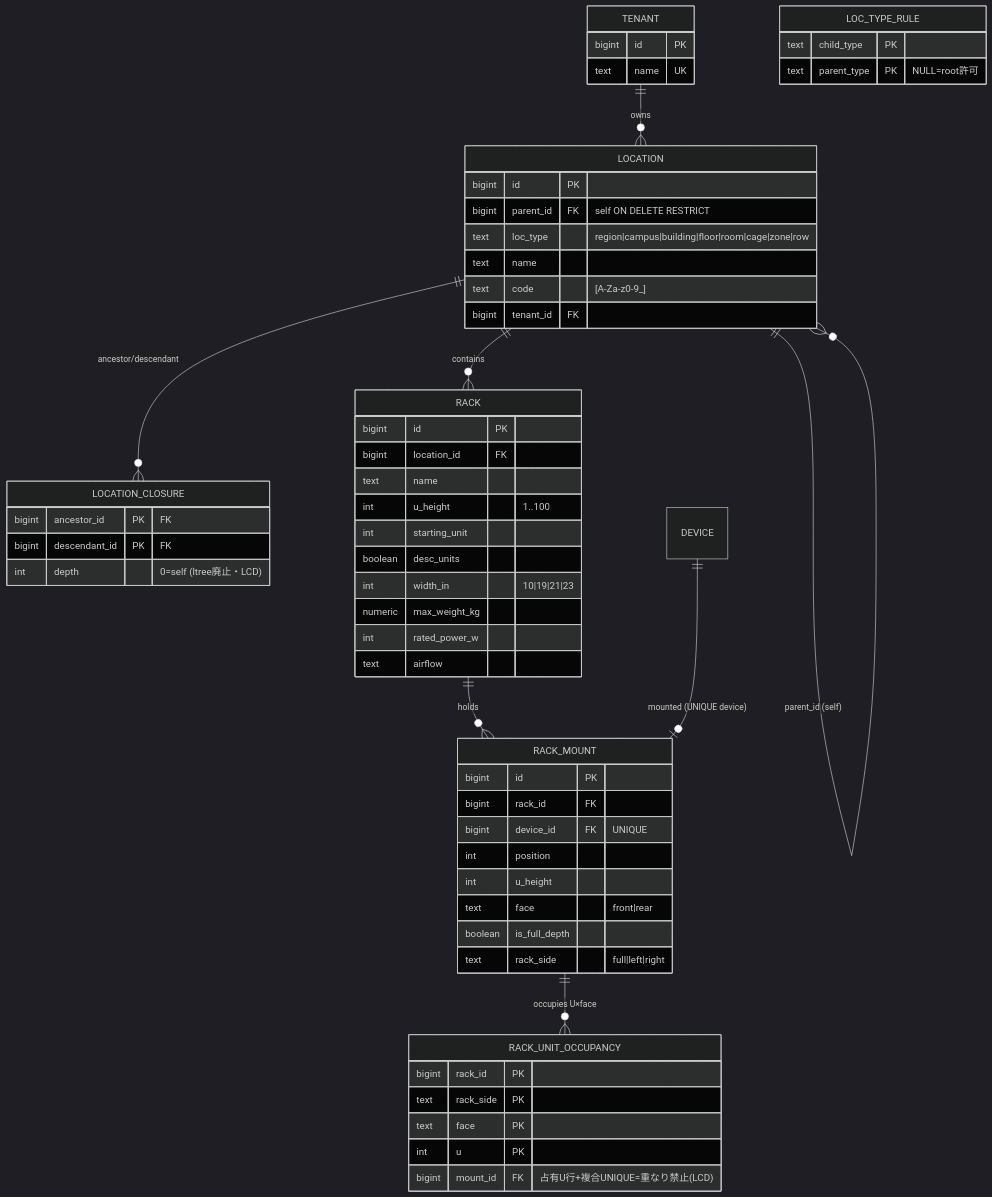
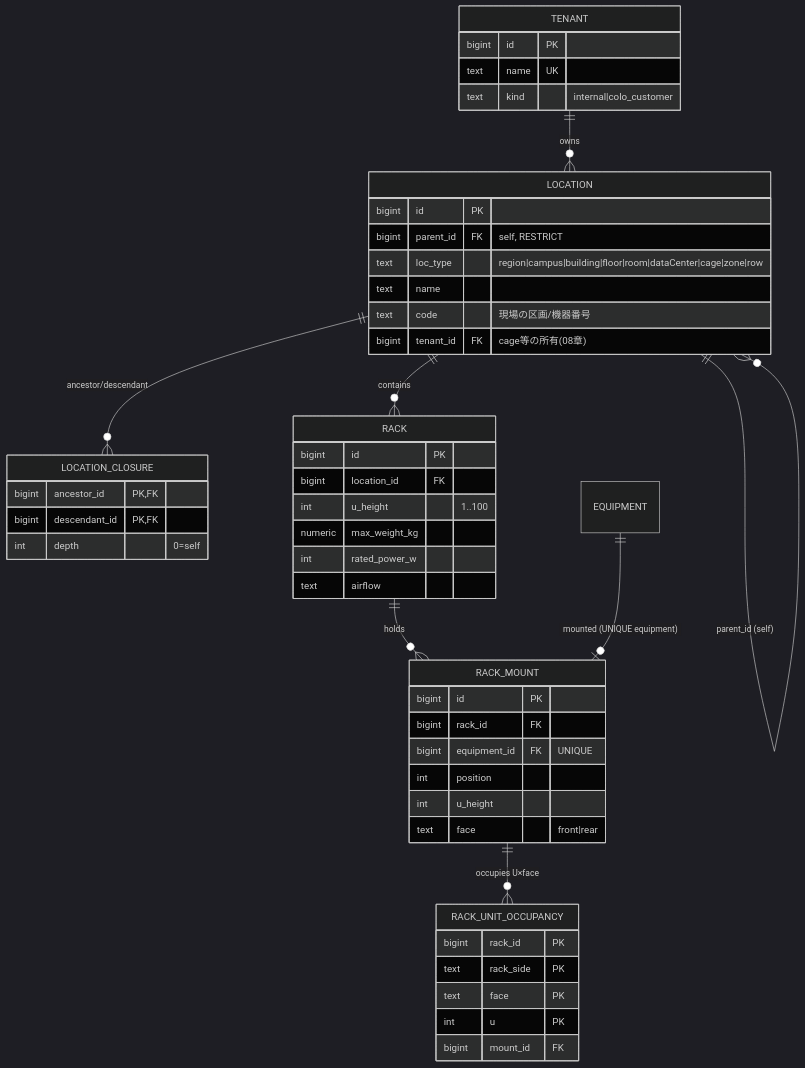
Before and after one commit to hn-11/dcim-schema-design: the second of 8 diagrams in 05-er-diagram.md, drawn with Mermaid (dark theme). The commit also changed other lines of this file and 12 other files, not shown here.

First line of the commit message:
Update README.md to refine schema design documentation and clarify project goals

````diff
--- a/05-er-diagram.md
+++ b/05-er-diagram.md
@@ -21,61 +47,52 @@
 ```mermaid
 erDiagram
     TENANT ||--o{ LOCATION : owns
     LOCATION ||--o{ LOCATION : "parent_id (self)"
     LOCATION ||--o{ LOCATION_CLOSURE : "ancestor/descendant"
     LOCATION ||--o{ RACK : contains
     RACK ||--o{ RACK_MOUNT : holds
-    DEVICE ||--o| RACK_MOUNT : "mounted (UNIQUE device)"
+    EQUIPMENT ||--o| RACK_MOUNT : "mounted (UNIQUE equipment)"
     RACK_MOUNT ||--o{ RACK_UNIT_OCCUPANCY : "occupies U×face"
 
     TENANT {
         bigint id PK
         text name UK
+        text kind "internal|colo_customer"
     }
     LOCATION {
         bigint id PK
-        bigint parent_id FK "self ON DELETE RESTRICT"
-        text loc_type "region|campus|building|floor|room|cage|zone|row"
+        bigint parent_id FK "self, RESTRICT"
+        text loc_type "region|campus|building|floor|room|dataCenter|cage|zone|row"
         text name
-        text code "[A-Za-z0-9_]"
-        bigint tenant_id FK
+        text code "現場の区画/機器番号"
+        bigint tenant_id FK "cage等の所有(08章)"
     }
     LOCATION_CLOSURE {
-        bigint ancestor_id PK "FK"
-        bigint descendant_id PK "FK"
-        int depth "0=self (ltree廃止・LCD)"
-    }
-    LOC_TYPE_RULE {
-        text child_type PK
-        text parent_type PK "NULL=root許可"
+        bigint ancestor_id PK,FK
+        bigint descendant_id PK,FK
+        int depth "0=self"
     }
     RACK {
         bigint id PK
         bigint location_id FK
-        text name
         int u_height "1..100"
-        int starting_unit
-        boolean desc_units
-        int width_in "10|19|21|23"
         numeric max_weight_kg
         int rated_power_w
         text airflow
     }
     RACK_MOUNT {
         bigint id PK
         bigint rack_id FK
-        bigint device_id FK "UNIQUE"
+        bigint equipment_id FK "UNIQUE"
         int position
         int u_height
         text face "front|rear"
-        boolean is_full_depth
-        text rack_side "full|left|right"
     }
     RACK_UNIT_OCCUPANCY {
         bigint rack_id PK
         text rack_side PK
         text face PK
         int u PK
-        bigint mount_id FK "占有U行+複合UNIQUE=重なり禁止(LCD)"
+        bigint mount_id FK
     }
 ```
````
